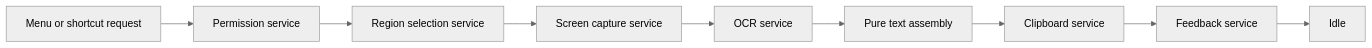
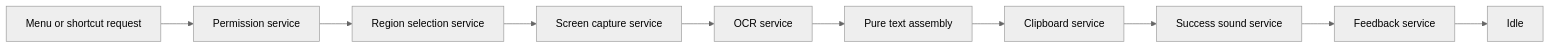
Before and after one commit to bennetthilberg/copylasso: the second of 2 diagrams in docs/architecture/overview.md, drawn with Mermaid (neutral theme). The commit also changed other lines of this file and 40 other files, not shown here.

Commit message:
add configurable success sound

````diff
--- a/docs/architecture/overview.md
+++ b/docs/architecture/overview.md
@@ -54,11 +55,12 @@
 ```mermaid
 flowchart LR
   Request["Menu or shortcut request"] --> Permission["Permission service"]
   Permission --> Selection["Region selection service"]
   Selection --> Capture["Screen capture service"]
   Capture --> OCR["OCR service"]
   OCR --> Format["Pure text assembly"]
   Format --> Clipboard["Clipboard service"]
-  Clipboard --> Feedback["Feedback service"]
+  Clipboard --> Sound["Success sound service"]
+  Sound --> Feedback["Feedback service"]
   Feedback --> Idle["Idle"]
 ```
````
